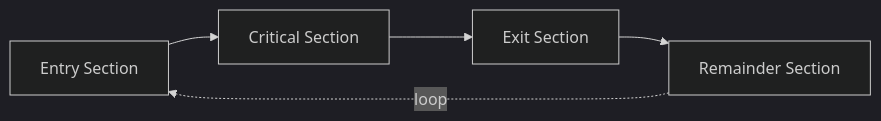
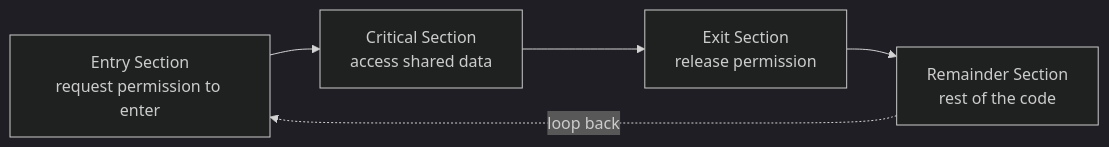
The second of 16 diagrams in 03-process-synchronization/README.md (lakshyasingh-1/Operating-Systems), drawn with Mermaid (dark theme) before and after one commit. The commit also changed other lines of this file, not shown here.

````diff
--- a/03-process-synchronization/README.md
+++ b/03-process-synchronization/README.md
@@ -35,7 +42,7 @@
 ```mermaid
 graph LR
-    A[Entry Section] --> B[Critical Section]
-    B --> C[Exit Section]
-    C --> D[Remainder Section]
-    D -.loop.-> A
+    A[Entry Section<br/>request permission to enter] --> B[Critical Section<br/>access shared data]
+    B --> C[Exit Section<br/>release permission]
+    C --> D[Remainder Section<br/>rest of the code]
+    D -.loop back.-> A
 ```
````
